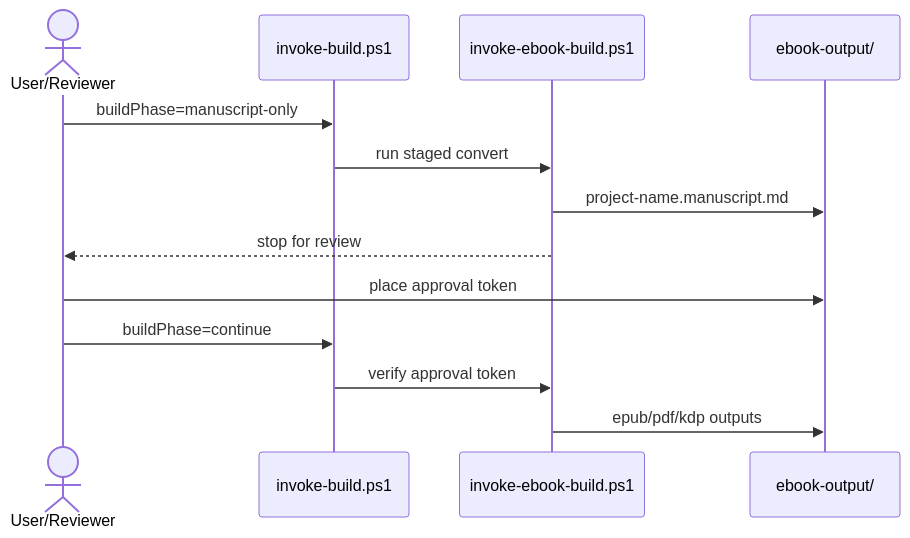
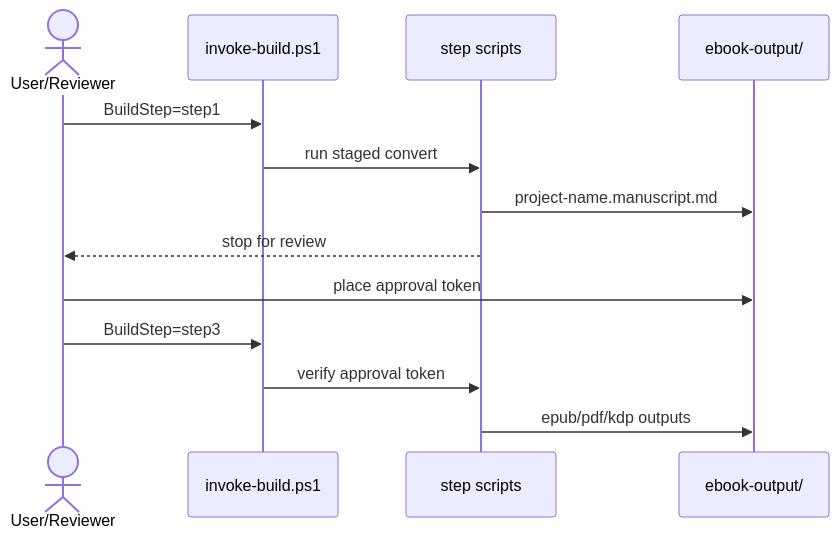
Before and after one commit to duwenji/shared-copilot-skills: the diagram in ebook-build/SKILL.md, drawn with Mermaid. The commit also changed other lines of this file and 16 other files, not shown here.

First line of the commit message:
Refactor ebook-build scripts and templates for improved modularity and clarity

````diff
--- a/ebook-build/SKILL.md
+++ b/ebook-build/SKILL.md
@@ -64,16 +65,16 @@
 ```mermaid
 sequenceDiagram
     actor User as User/Reviewer
     participant Wrap as invoke-build.ps1
-    participant Runner as invoke-ebook-build.ps1
+    participant Runner as step scripts
     participant Out as ebook-output/
 
-    User->>Wrap: buildPhase=manuscript-only
+    User->>Wrap: BuildStep=step1
     Wrap->>Runner: run staged convert
     Runner->>Out: project-name.manuscript.md
     Runner-->>User: stop for review
     User->>Out: place approval token
-    User->>Wrap: buildPhase=continue
+    User->>Wrap: BuildStep=step3
     Wrap->>Runner: verify approval token
     Runner->>Out: epub/pdf/kdp outputs
 ```
````
